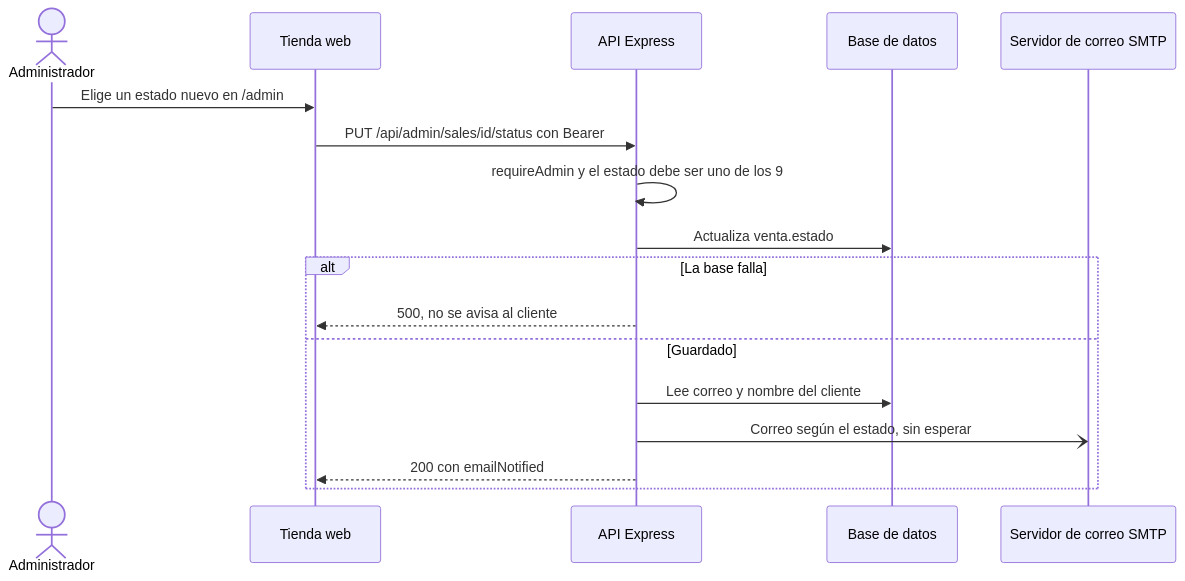
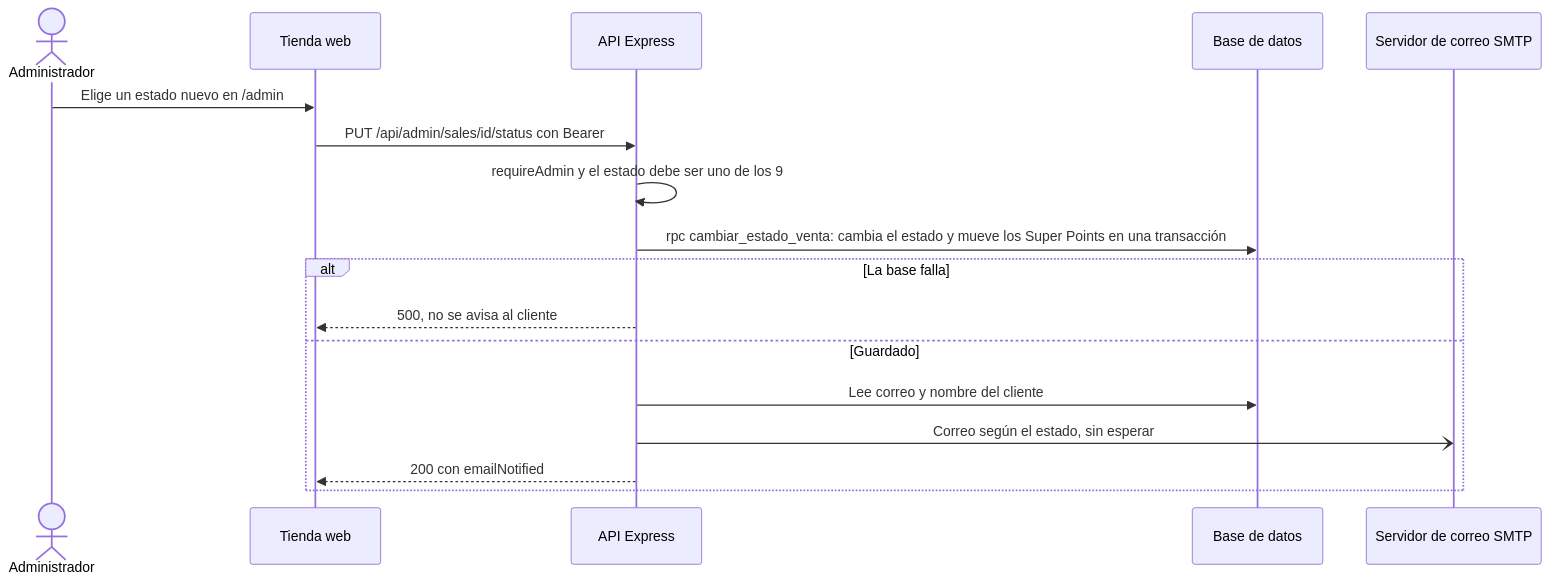
The sixth of 9 diagrams in docs/arquitectura/08-flujos.md (cristian-0023/SUPER-GELATTO), drawn with Mermaid before and after one commit. The commit also changed other lines of this file and 3 other files, not shown here.

Commit message:
docs: Super Points en la documentación de arquitectura

````diff
--- a/docs/arquitectura/08-flujos.md
+++ b/docs/arquitectura/08-flujos.md
@@ -150,19 +152,19 @@
 ```mermaid
 sequenceDiagram
   actor A as Administrador
   participant W as Tienda web
   participant API as API Express
   participant DB as Base de datos
   participant M as Servidor de correo SMTP
   A->>W: Elige un estado nuevo en /admin
   W->>API: PUT /api/admin/sales/id/status con Bearer
   API->>API: requireAdmin y el estado debe ser uno de los 9
-  API->>DB: Actualiza venta.estado
+  API->>DB: rpc cambiar_estado_venta: cambia el estado y mueve los Super Points en una transacción
   alt La base falla
     API-->>W: 500, no se avisa al cliente
   else Guardado
     API->>DB: Lee correo y nombre del cliente
     API-)M: Correo según el estado, sin esperar
     API-->>W: 200 con emailNotified
   end
 ```
````
